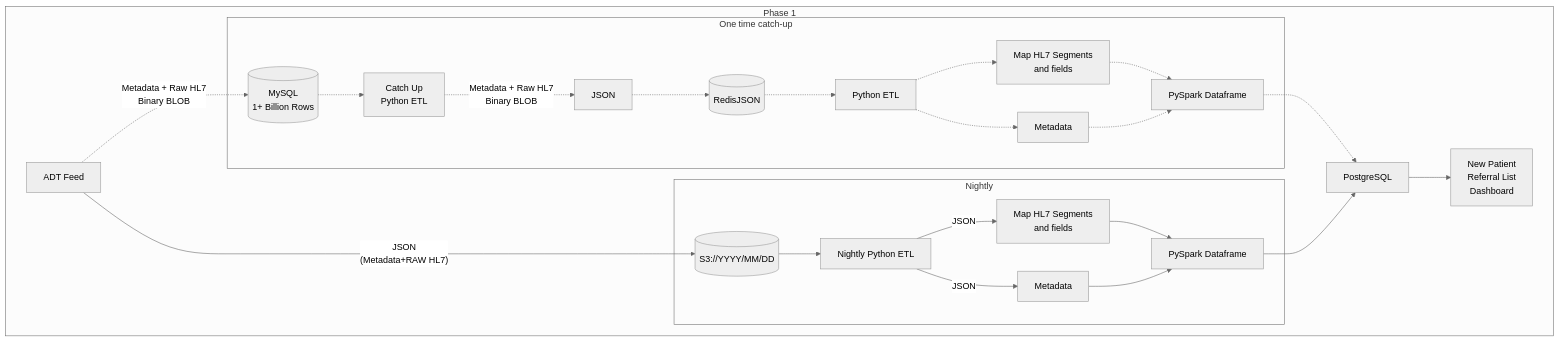
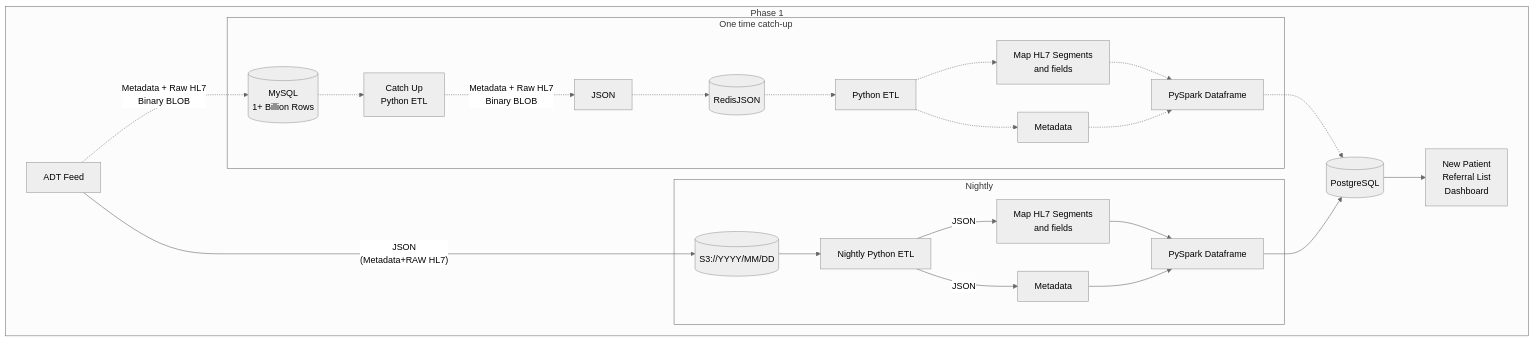
Before and after one commit to ovaisq/DataTooling: the diagram in etl-phase1.md, drawn with Mermaid (neutral theme). The commit also changed 1 other file, not shown here.

Commit message:
cleaned up diagram

````diff
--- a/etl-phase1.md
+++ b/etl-phase1.md
@@ -1,35 +1,35 @@
 ```mermaid
 flowchart TD;
     subgraph "Phase 1"
-    A["ADT Feed"] -. "Metadata + Raw HL7 
-    Binary BLOB" .-> id1[("MySQL
-    1+ Billion Rows")];
-    subgraph "One time catch-up"
-    id1 .-> G["Catch Up Python ETL"];
-    G["Catch Up 
-    Python ETL"] -. "Metadata + Raw HL7
-    Binary BLOB" .-> M["JSON"] .-> H[("RedisJSON")] 
-    N .-> I["Map HL7 Segments
-    and fields"]
-    H .-> N["Python ETL"]
-    N .-> J["Metadata"]
-    I .-> K["PySpark Dataframe"]
-    J .-> K
-    end
-    K .-> F
-    A -- "JSON
-    (Metadata+RAW HL7)" --> id2[(S3://YYYY/MM/DD)];
-    subgraph "Nightly"
-    id2 --> B["ETL"];
-    B["Nightly Python ETL"] -- JSON --> C["Map HL7 Segments 
-    and fields"];
-    B["Nightly Python ETL"] -- JSON --> D["Metadata"];
-    C --> E
-    D --> E["PySpark Dataframe"]
-    end
-    E --> F["PostgreSQL"]
-    F --> L["New Patient 
-    Referral List
-    Dashboard"]
+        A["ADT Feed"] -. "Metadata + Raw HL7 
+        Binary BLOB" .-> id1[("MySQL
+        1+ Billion Rows")];
+        subgraph "One time catch-up"
+            id1 .-> G["Catch Up Python ETL"];
+            G["Catch Up 
+            Python ETL"] -. "Metadata + Raw HL7
+            Binary BLOB" .-> M["JSON"] .-> H[("RedisJSON")] 
+            N .-> I["Map HL7 Segments
+            and fields"]
+            H .-> N["Python ETL"]
+            N .-> J["Metadata"]
+            I .-> K["PySpark Dataframe"]
+            J .-> K
+        end
+        K .-> F
+        A -- "JSON
+        (Metadata+RAW HL7)" --> id2[(S3://YYYY/MM/DD)];
+        subgraph "Nightly"
+            id2 --> B["ETL"];
+            B["Nightly Python ETL"] -- JSON --> C["Map HL7 Segments 
+            and fields"];
+            B["Nightly Python ETL"] -- JSON --> D["Metadata"];
+            C --> E
+            D --> E["PySpark Dataframe"]
+        end
+        E --> F[("PostgreSQL")]
+        F --> L["New Patient 
+        Referral List
+        Dashboard"]
     end
 ```
````
